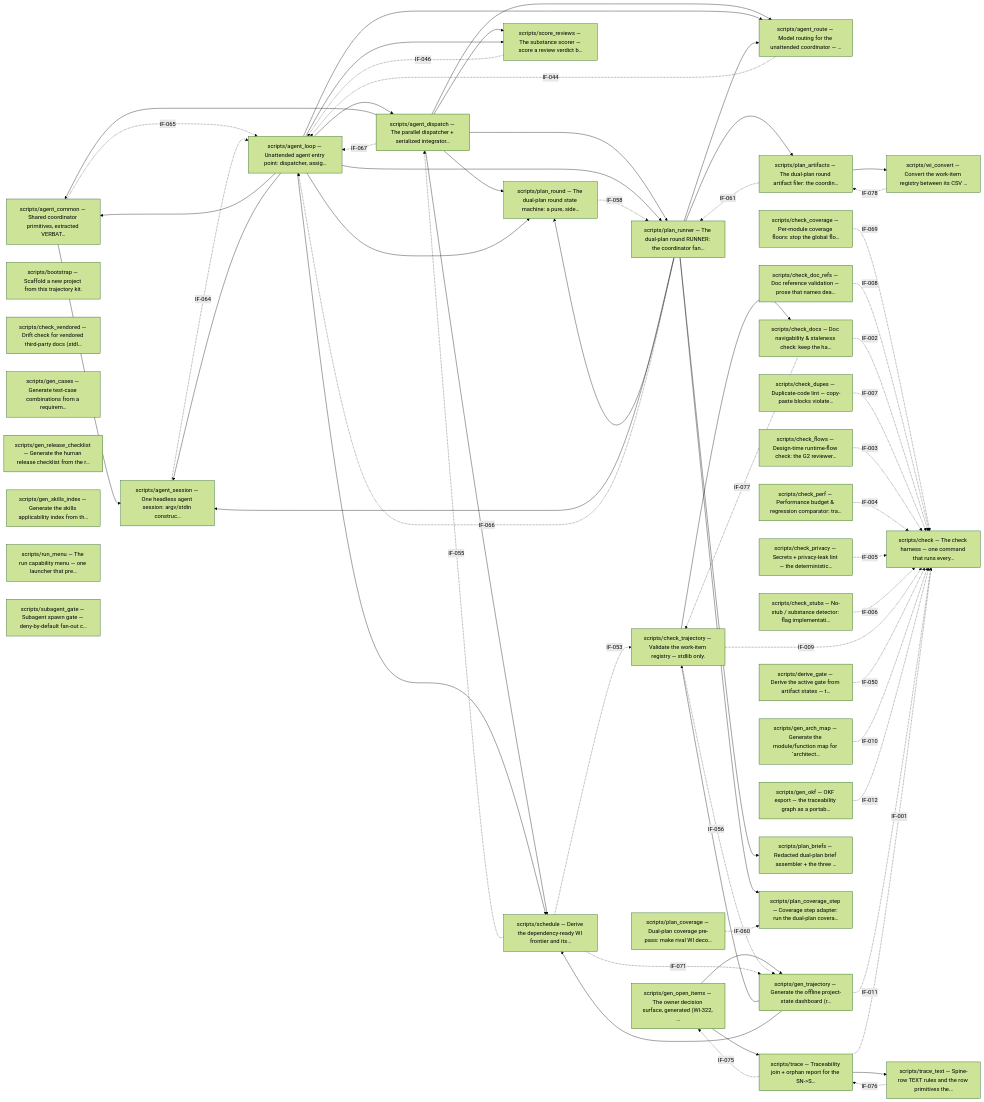
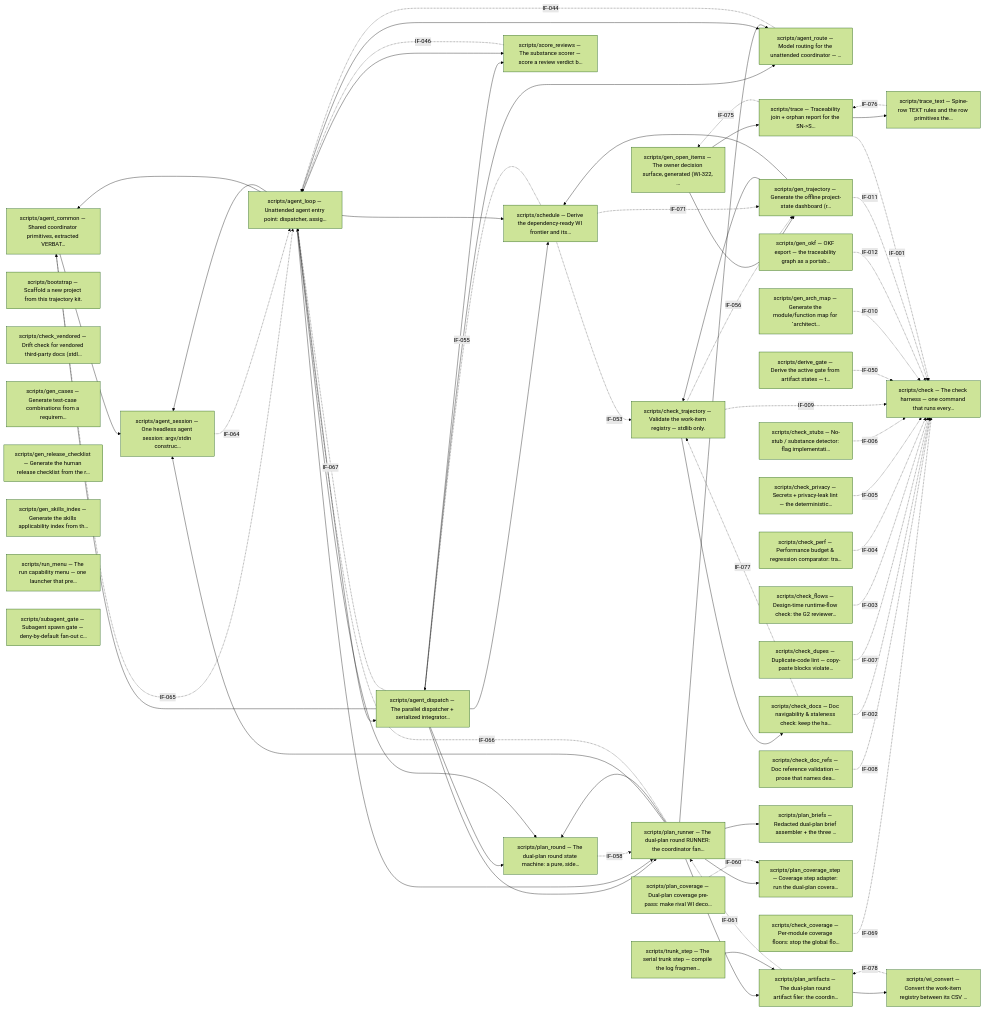
One commit to diytechy/ai-template changed the first of 4 diagrams in docs/architecture.md. Above: the diagram before and after it, drawn with Mermaid (forest theme). The commit also changed other lines of this file and 57 other files, not shown here.

```diff
--- a/docs/architecture.md
+++ b/docs/architecture.md
@@ -73,6 +73,7 @@
     m_scripts_subagent_gate["scripts/subagent_gate — Subagent spawn gate — deny-by-default fan-out c…"]
     m_scripts_trace["scripts/trace — Traceability join + orphan report for the SN->S…"]
     m_scripts_trace_text["scripts/trace_text — Spine-row TEXT rules and the row primitives the…"]
+    m_scripts_trunk_step["scripts/trunk_step — The serial trunk step — compile the log fragmen…"]
     m_scripts_wi_convert["scripts/wi_convert — Convert the work-item registry between its CSV …"]
     m_scripts_agent_common --> m_scripts_agent_session
     m_scripts_agent_dispatch --> m_scripts_agent_common
@@ -102,6 +103,7 @@
     m_scripts_plan_runner --> m_scripts_plan_coverage_step
     m_scripts_plan_runner --> m_scripts_plan_round
     m_scripts_trace --> m_scripts_trace_text
+    m_scripts_trunk_step --> m_scripts_plan_artifacts
     m_scripts_agent_common -. IF-065 .-> m_scripts_agent_loop
     m_scripts_agent_dispatch -. IF-067 .-> m_scripts_agent_loop
     m_scripts_agent_route -. IF-044 .-> m_scripts_agent_loop
```
